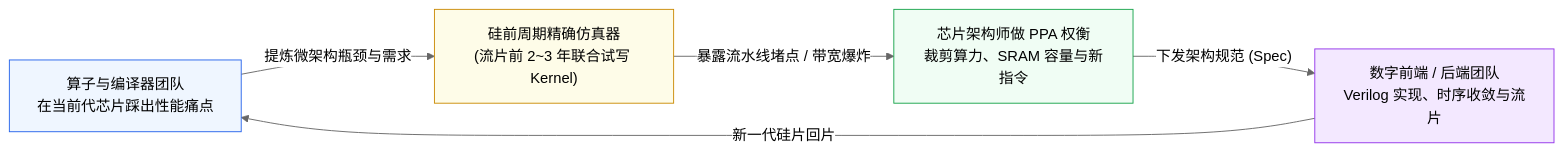
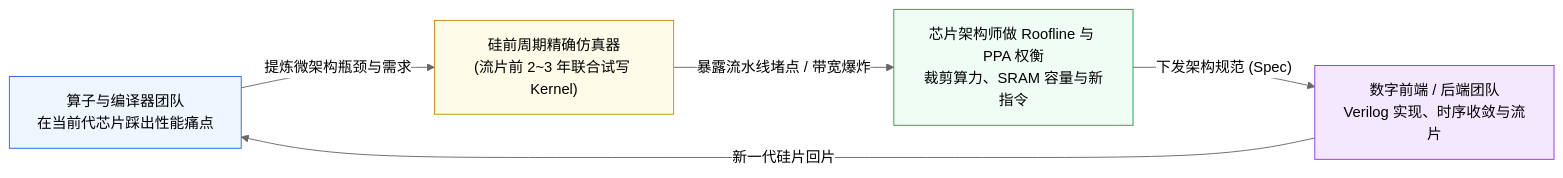
Before and after one commit to hqu-little-boy/blog: the ninth of 10 diagrams in src/content/posts/cpu-npu-operator-optimization-bithacks-numerical-codesign-guide.md, drawn with Mermaid (neutral theme). The commit also changed other lines of this file, not shown here.

````diff
--- a/src/content/posts/cpu-npu-operator-optimization-bithacks-numerical-codesign-guide.md
+++ b/src/content/posts/cpu-npu-operator-optimization-bithacks-numerical-codesign-guide.md
@@ -577,12 +655,12 @@
 ```mermaid
 flowchart LR
     SW["算子与编译器团队<br/>在当前代芯片踩出性能痛点"] -->|"提炼微架构瓶颈与需求"| SIM["硅前周期精确仿真器<br/>(流片前 2~3 年联合试写 Kernel)"]
-    SIM -->|"暴露流水线堵点 / 带宽爆炸"| ARCH["芯片架构师做 PPA 权衡<br/>裁剪算力、SRAM 容量与新指令"]
+    SIM -->|"暴露流水线堵点 / 带宽爆炸"| ARCH["芯片架构师做 Roofline 与 PPA 权衡<br/>裁剪算力、SRAM 容量与新指令"]
     ARCH -->|"下发架构规范 (Spec)"| RTL["数字前端 / 后端团队<br/>Verilog 实现、时序收敛与流片"]
     RTL -->|"新一代硅片回片"| SW
 
     style SW fill:#eff6ff,stroke:#2563eb
     style SIM fill:#fefce8,stroke:#ca8a04
     style ARCH fill:#f0fdf4,stroke:#16a34a
     style RTL fill:#f3e8ff,stroke:#9333ea
 ```
````
